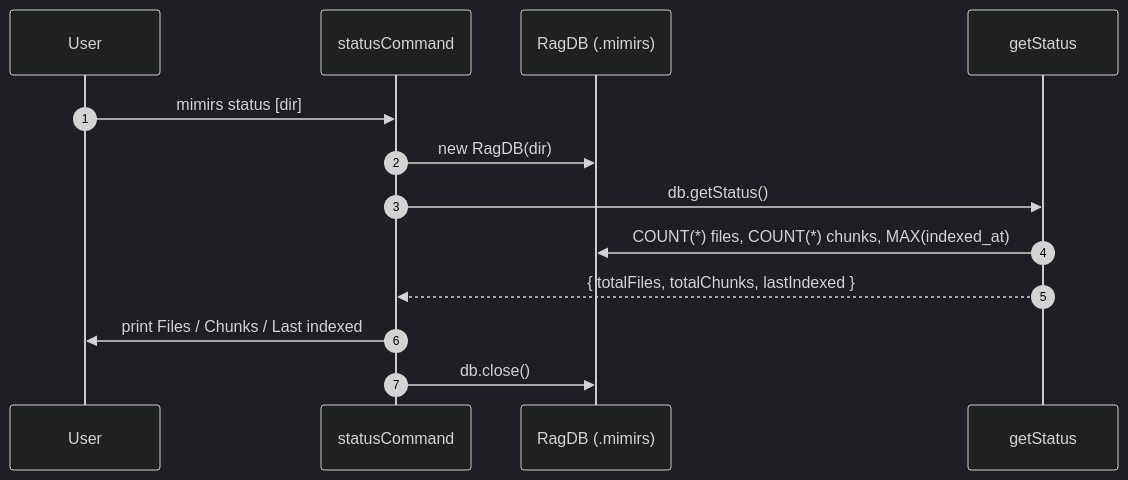
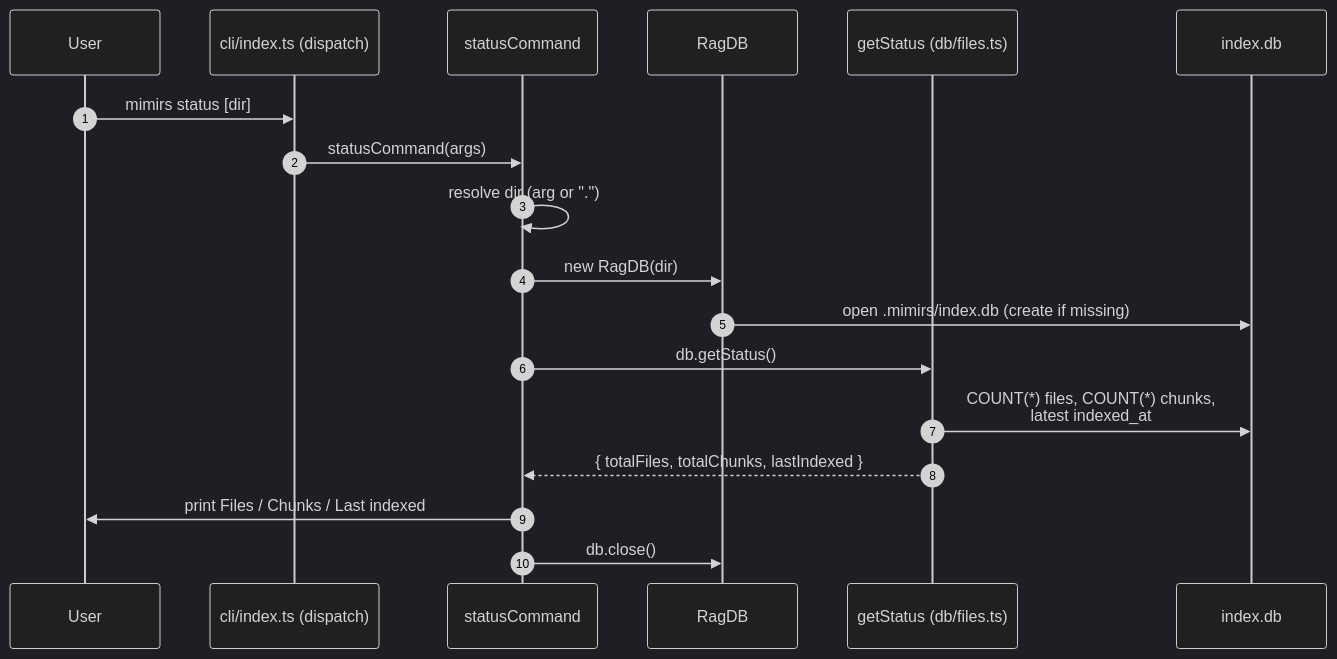
The diagram in wiki/cli/status.md (TheWinci/mimirs), drawn with Mermaid (dark theme) before and after one commit. The commit also changed other lines of this file and 51 other files, not shown here.

````diff
--- a/wiki/cli/status.md
+++ b/wiki/cli/status.md
@@ -22,16 +11,21 @@
 ```mermaid
 sequenceDiagram
     autonumber
     participant User
-    participant Cmd as statusCommand
-    participant DB as RagDB (.mimirs)
-    participant Q as getStatus
+    participant CLI as cli/index.ts (dispatch)
+    participant Handler as statusCommand
+    participant DB as RagDB
+    participant Files as getStatus (db/files.ts)
+    participant SQLite as index.db
 
-    User->>Cmd: mimirs status [dir]
-    Cmd->>DB: new RagDB(dir)
-    Cmd->>Q: db.getStatus()
-    Q->>DB: COUNT(*) files, COUNT(*) chunks, MAX(indexed_at)
-    Q-->>Cmd: { totalFiles, totalChunks, lastIndexed }
-    Cmd->>User: print Files / Chunks / Last indexed
-    Cmd->>DB: db.close()
+    User->>CLI: mimirs status [dir]
+    CLI->>Handler: statusCommand(args)
+    Handler->>Handler: resolve dir (arg or ".")
+    Handler->>DB: new RagDB(dir)
+    DB->>SQLite: open .mimirs/index.db (create if missing)
+    Handler->>Files: db.getStatus()
+    Files->>SQLite: COUNT(*) files, COUNT(*) chunks,<br>latest indexed_at
+    Files-->>Handler: { totalFiles, totalChunks, lastIndexed }
+    Handler->>User: print Files / Chunks / Last indexed
+    Handler->>DB: db.close()
 ```
````
